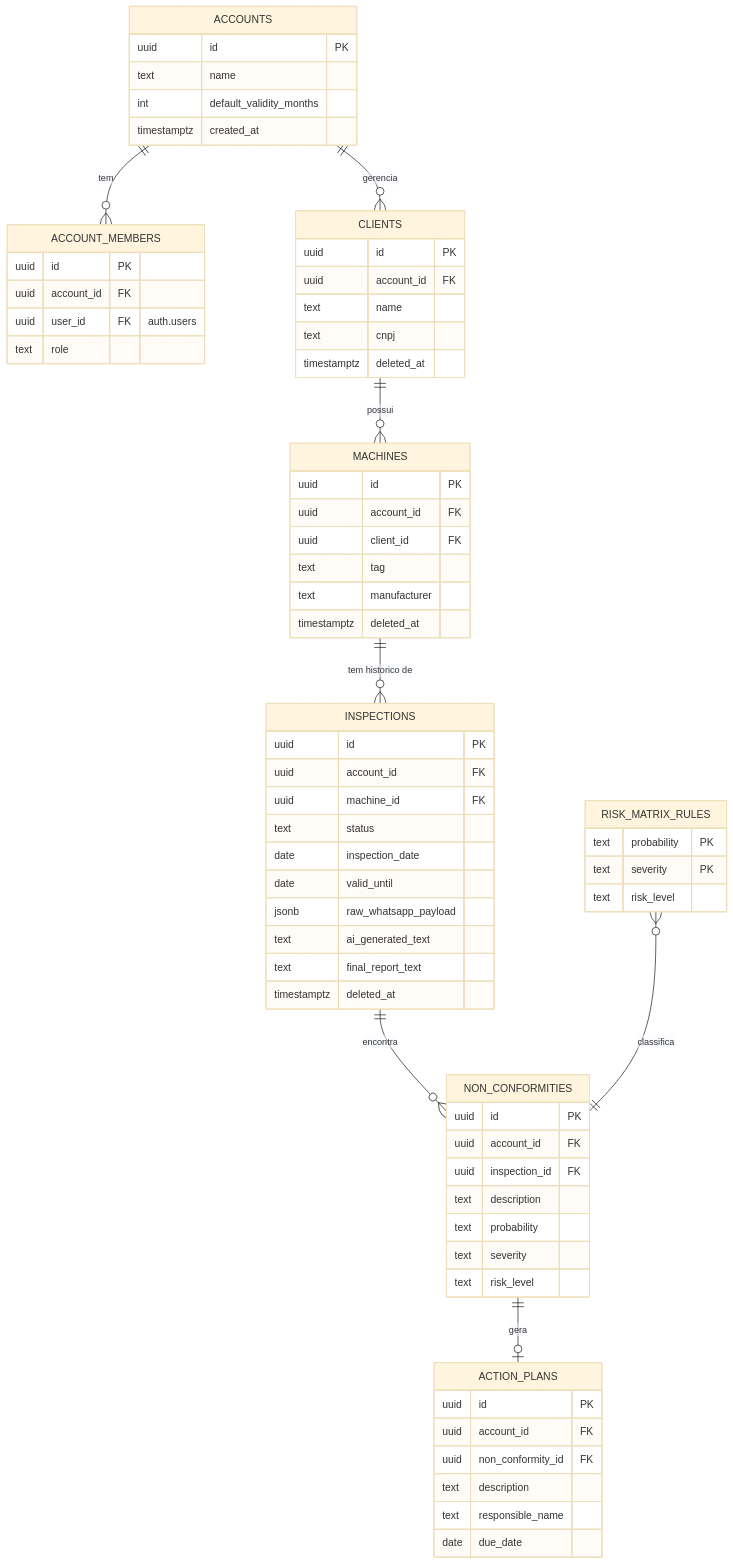
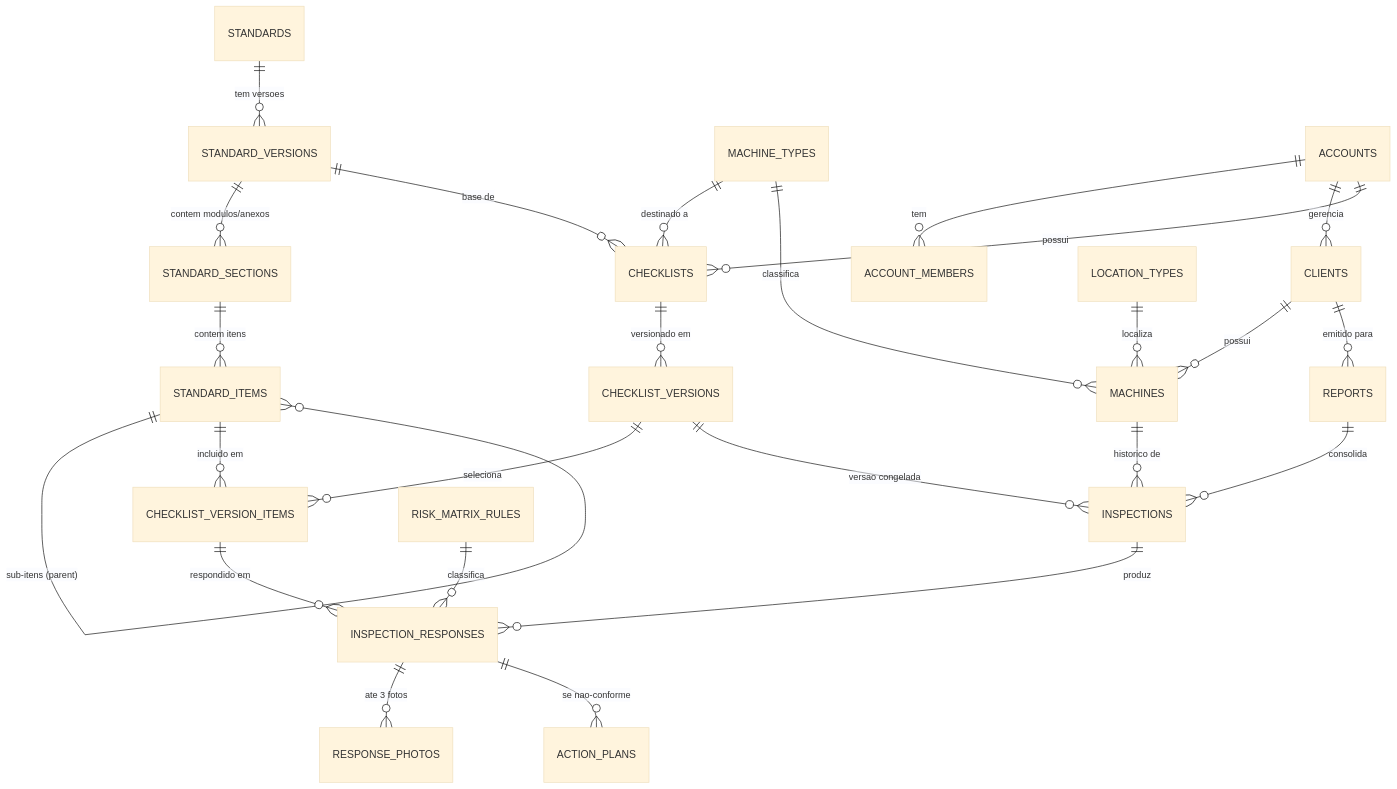
One commit to Salgadosandro/nr12-saas changed the diagram in docs/database/02-data-model.md. Above: the diagram before and after it, drawn with Mermaid (base theme). The commit also changed other lines of this file and 6 other files, not shown here.

First line of the commit message:
Remodel schema around real NR-12 inspection workflow (checklist-driven)

````diff
--- a/docs/database/02-data-model.md
+++ b/docs/database/02-data-model.md
@@ -5,72 +74,31 @@
 ```mermaid
 erDiagram
+    STANDARDS ||--o{ STANDARD_VERSIONS : "tem versoes"
+    STANDARD_VERSIONS ||--o{ STANDARD_SECTIONS : "contem modulos/anexos"
+    STANDARD_SECTIONS ||--o{ STANDARD_ITEMS : "contem itens"
+    STANDARD_ITEMS ||--o{ STANDARD_ITEMS : "sub-itens (parent)"
+
+    STANDARD_VERSIONS ||--o{ CHECKLISTS : "base de"
+    CHECKLISTS ||--o{ CHECKLIST_VERSIONS : "versionado em"
+    CHECKLIST_VERSIONS ||--o{ CHECKLIST_VERSION_ITEMS : "seleciona"
+    STANDARD_ITEMS ||--o{ CHECKLIST_VERSION_ITEMS : "incluido em"
+    MACHINE_TYPES ||--o{ CHECKLISTS : "destinado a"
+
     ACCOUNTS ||--o{ ACCOUNT_MEMBERS : "tem"
     ACCOUNTS ||--o{ CLIENTS : "gerencia"
+    ACCOUNTS ||--o{ CHECKLISTS : "possui"
     CLIENTS ||--o{ MACHINES : "possui"
-    MACHINES ||--o{ INSPECTIONS : "tem historico de"
-    INSPECTIONS ||--o{ NON_CONFORMITIES : "encontra"
-    NON_CONFORMITIES ||--o| ACTION_PLANS : "gera"
-    RISK_MATRIX_RULES }o--|| NON_CONFORMITIES : "classifica"
+    MACHINE_TYPES ||--o{ MACHINES : "classifica"
+    LOCATION_TYPES ||--o{ MACHINES : "localiza"
 
-    ACCOUNTS {
-        uuid id PK
-        text name
-        int default_validity_months
-        timestamptz created_at
-    }
-    ACCOUNT_MEMBERS {
-        uuid id PK
-        uuid account_id FK
-        uuid user_id FK "auth.users"
-        text role
-    }
-    CLIENTS {
-        uuid id PK
-        uuid account_id FK
-        text name
-        text cnpj
-        timestamptz deleted_at
-    }
-    MACHINES {
-        uuid id PK
-        uuid account_id FK
-        uuid client_id FK
-        text tag
-        text manufacturer
-        timestamptz deleted_at
-    }
-    INSPECTIONS {
-        uuid id PK
-        uuid account_id FK
-        uuid machine_id FK
-        text status
-        date inspection_date
-        date valid_until
-        jsonb raw_whatsapp_payload
-        text ai_generated_text
-        text final_report_text
-        timestamptz deleted_at
-    }
-    NON_CONFORMITIES {
-        uuid id PK
-        uuid account_id FK
-        uuid inspection_id FK
-        text description
-        text probability
-        text severity
-        text risk_level
-    }
-    ACTION_PLANS {
-        uuid id PK
-        uuid account_id FK
-        uuid non_conformity_id FK
-        text description
-        text responsible_name
-        date due_date
-    }
-    RISK_MATRIX_RULES {
-        text probability PK
-        text severity PK
-        text risk_level
-    }
+    MACHINES ||--o{ INSPECTIONS : "historico de"
+    CHECKLIST_VERSIONS ||--o{ INSPECTIONS : "versao congelada"
+    REPORTS ||--o{ INSPECTIONS : "consolida"
+    CLIENTS ||--o{ REPORTS : "emitido para"
+
+    INSPECTIONS ||--o{ INSPECTION_RESPONSES : "produz"
+    CHECKLIST_VERSION_ITEMS ||--o{ INSPECTION_RESPONSES : "respondido em"
+    INSPECTION_RESPONSES ||--o{ RESPONSE_PHOTOS : "ate 3 fotos"
+    INSPECTION_RESPONSES ||--o{ ACTION_PLANS : "se nao-conforme"
+    RISK_MATRIX_RULES ||--o{ INSPECTION_RESPONSES : "classifica"
 ```
````
